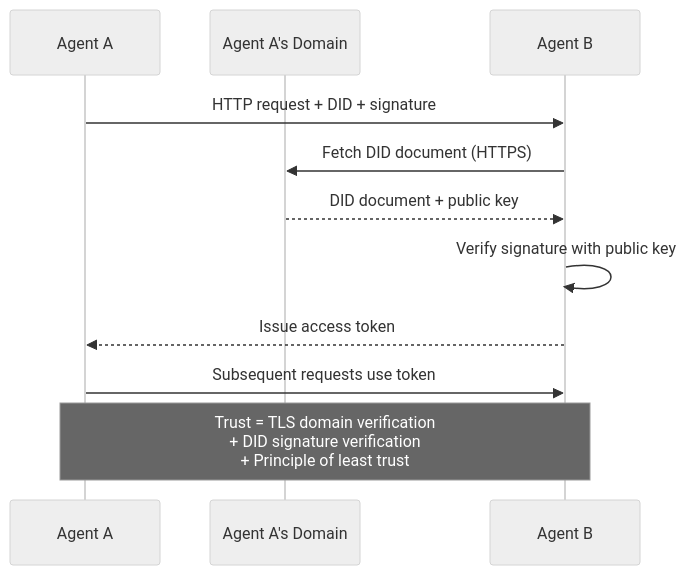
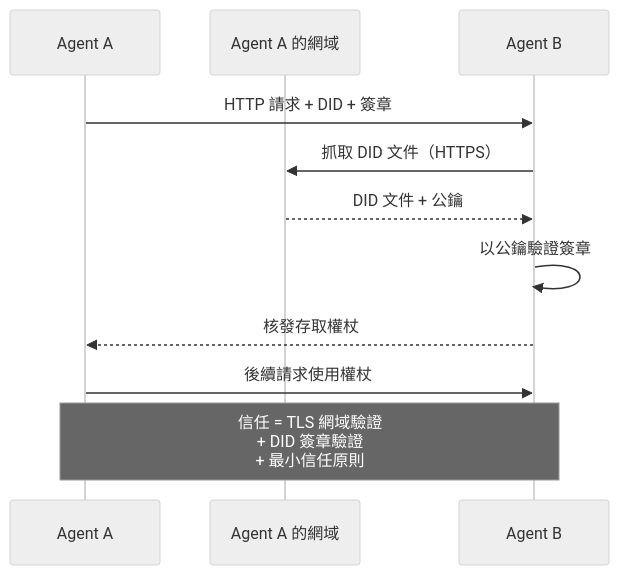
Before and after one commit to edward821220/ai-engineering-from-scratch: the ninth of 13 diagrams in i18n/zh-TW/phases/16-multi-agent-and-swarms/03-communication-protocols/docs/zh-TW.md, drawn with Mermaid (neutral theme). The commit also changed other lines of this file and 43 other files, not shown here.

````diff
--- a/i18n/zh-TW/phases/16-multi-agent-and-swarms/03-communication-protocols/docs/zh-TW.md
+++ b/i18n/zh-TW/phases/16-multi-agent-and-swarms/03-communication-protocols/docs/zh-TW.md
@@ -474,14 +474,14 @@
 ```mermaid
 sequenceDiagram
     participant A as Agent A
-    participant Domain as Agent A's Domain
+    participant Domain as Agent A 的網域
     participant B as Agent B
 
-    A->>B: HTTP request + DID + signature
-    B->>Domain: Fetch DID document (HTTPS)
-    Domain-->>B: DID document + public key
-    B->>B: Verify signature with public key
-    B-->>A: Issue access token
-    A->>B: Subsequent requests use token
-    Note over A,B: Trust = TLS domain verification<br/>+ DID signature verification<br/>+ Principle of least trust
+    A->>B: HTTP 請求 + DID + 簽章
+    B->>Domain: 抓取 DID 文件（HTTPS）
+    Domain-->>B: DID 文件 + 公鑰
+    B->>B: 以公鑰驗證簽章
+    B-->>A: 核發存取權杖
+    A->>B: 後續請求使用權杖
+    Note over A,B: 信任 = TLS 網域驗證<br/>+ DID 簽章驗證<br/>+ 最小信任原則
 ```
````
